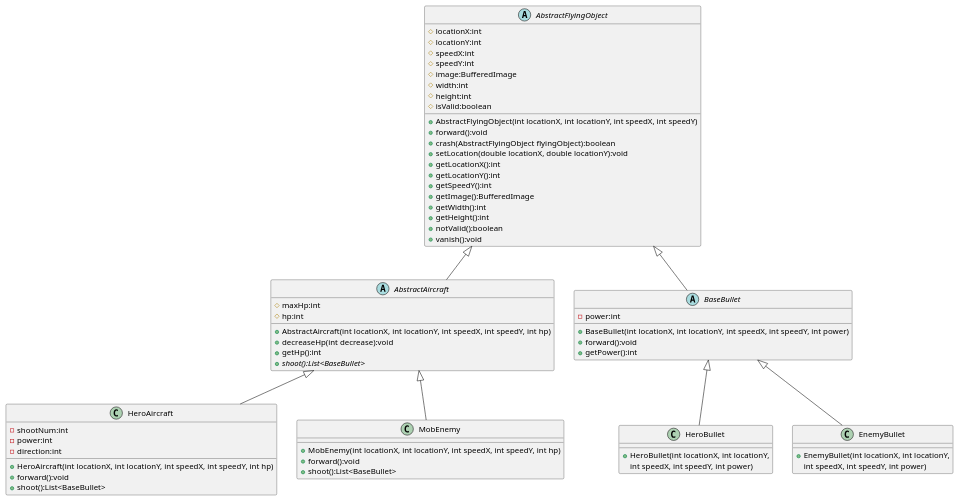
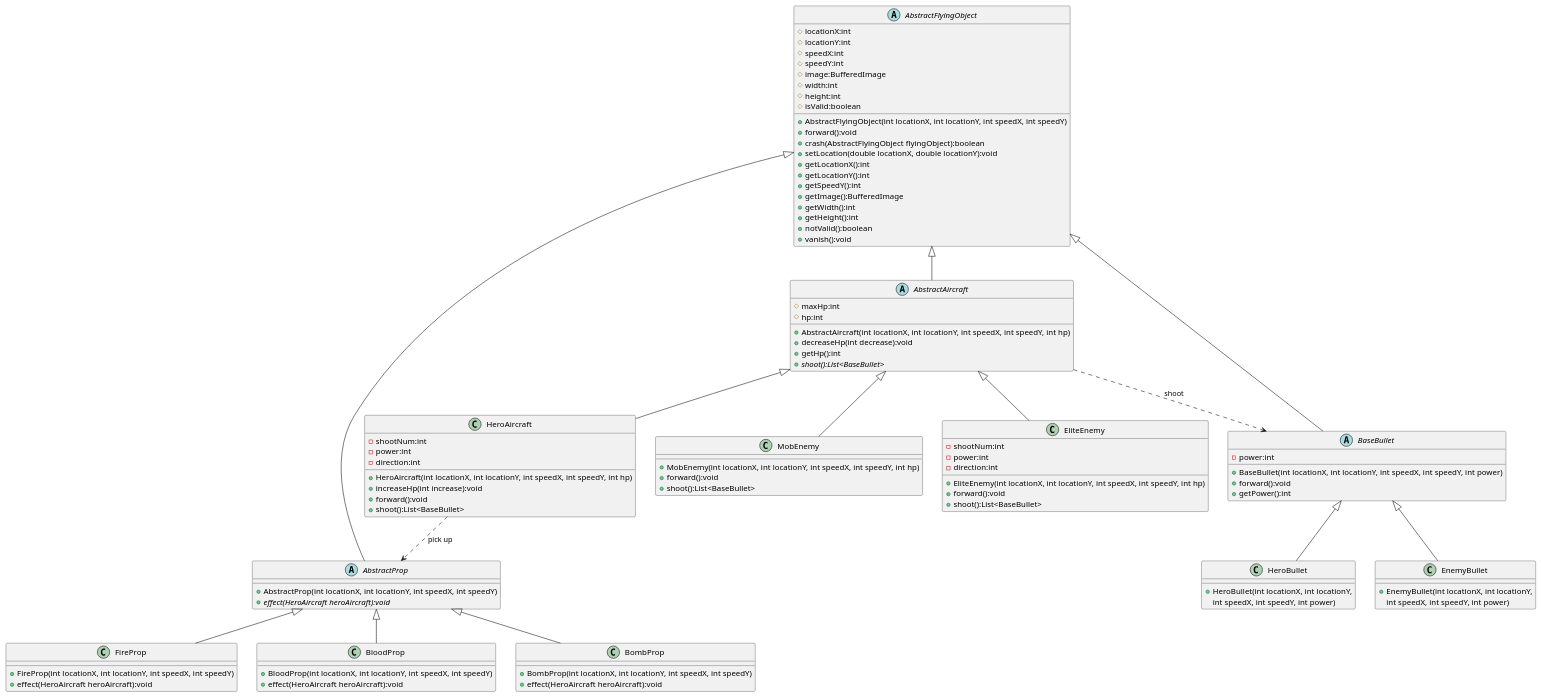
Before and after one commit to Sakurawin/Fly_boom: the diagram in uml/Inheritence.puml, drawn with PlantUML. The commit also changed 19 other files, not shown here.

```diff
--- a/uml/Inheritence.puml
+++ b/uml/Inheritence.puml
@@ -1,81 +1,121 @@
 @startuml
 'https://plantuml.com/class-diagram
 
 abstract class AbstractFlyingObject
 {
     # locationX:int
     # locationY:int
     # speedX:int
     # speedY:int
     # image:BufferedImage
     # width:int
     # height:int
     # isValid:boolean
 
     + AbstractFlyingObject(int locationX, int locationY, int speedX, int speedY)
     + forward():void
     + crash(AbstractFlyingObject flyingObject):boolean
     + setLocation(double locationX, double locationY):void
     + getLocationX():int
     + getLocationY():int
     + getSpeedY():int
     + getImage():BufferedImage
     + getWidth():int
     + getHeight():int
     + notValid():boolean
     + vanish():void
 }
 abstract class AbstractAircraft
 {
 	# maxHp:int
     # hp:int
     + AbstractAircraft(int locationX, int locationY, int speedX, int speedY, int hp)
     + decreaseHp(int decrease):void
     + getHp():int
     + {abstract} shoot():List<BaseBullet>
  }
 
 
 class HeroAircraft {
     - shootNum:int
     - power:int
     - direction:int
     + HeroAircraft(int locationX, int locationY, int speedX, int speedY, int hp)
+    + increaseHp(int increase):void
     + forward():void
     + shoot():List<BaseBullet>
 }
 
 AbstractAircraft <|-- HeroAircraft
 
 class MobEnemy {
     + MobEnemy(int locationX, int locationY, int speedX, int speedY, int hp)
     + forward():void
     + shoot():List<BaseBullet>
 }
 AbstractAircraft <|-- MobEnemy
+
+class EliteEnemy {
+    - shootNum:int
+    - power:int
+    - direction:int
+    + EliteEnemy(int locationX, int locationY, int speedX, int speedY, int hp)
+    + forward():void
+    + shoot():List<BaseBullet>
+}
+AbstractAircraft <|-- EliteEnemy
 
 abstract class BaseBullet
 {
     - power:int
     + BaseBullet(int locationX, int locationY, int speedX, int speedY, int power)
     + forward():void
 	+ getPower():int
 }
 
 class HeroBullet {
     + HeroBullet(int locationX, int locationY,
      int speedX, int speedY, int power)
 }
 
 class EnemyBullet {
     + EnemyBullet(int locationX, int locationY,
      int speedX, int speedY, int power)
 }
 
 BaseBullet <|-- HeroBullet
 BaseBullet <|-- EnemyBullet
 
+abstract class AbstractProp {
+    + AbstractProp(int locationX, int locationY, int speedX, int speedY)
+    + {abstract} effect(HeroAircraft heroAircraft):void
+}
+
+class FireProp {
+    + FireProp(int locationX, int locationY, int speedX, int speedY)
+    + effect(HeroAircraft heroAircraft):void
+}
+
+class BloodProp {
+    + BloodProp(int locationX, int locationY, int speedX, int speedY)
+    + effect(HeroAircraft heroAircraft):void
+}
+
+class BombProp {
+    + BombProp(int locationX, int locationY, int speedX, int speedY)
+    + effect(HeroAircraft heroAircraft):void
+}
+
+AbstractFlyingObject <|-- AbstractProp
+AbstractProp <|-- FireProp
+AbstractProp <|-- BloodProp
+AbstractProp <|-- BombProp
+
 AbstractFlyingObject <|-- AbstractAircraft
 AbstractFlyingObject <|-- BaseBullet
 
+' 关系
+AbstractAircraft ..> BaseBullet : "shoot"
+HeroAircraft ..> AbstractProp : "pick up"
+
 @enduml
```
